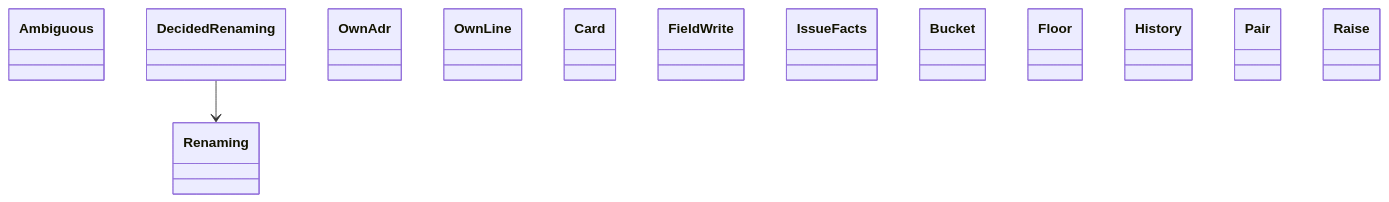
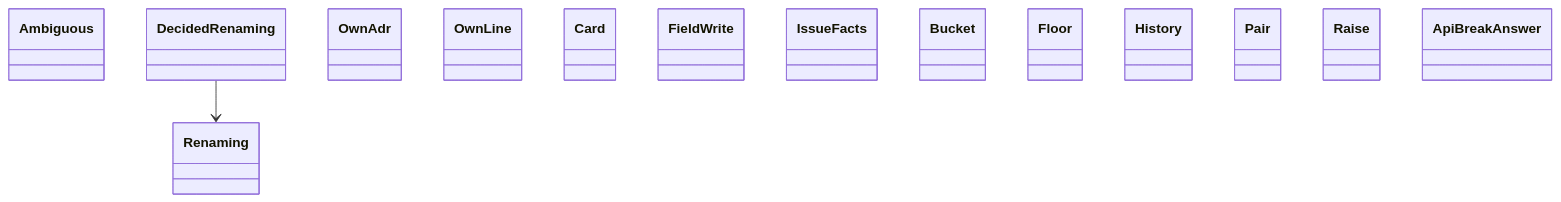
The diagram in docs/architecture/generated/classes-process-domain-landing-1.md (GonzaloZevallos/agentic-system), drawn with Mermaid before and after one commit. The commit also changed 6 other files, not shown here.

Commit message:
Regenerate architecture docs for the non-code landing domain

````diff
--- a/docs/architecture/generated/classes-process-domain-landing-1.md
+++ b/docs/architecture/generated/classes-process-domain-landing-1.md
@@ -23,17 +23,18 @@
 ```mermaid
 classDiagram
     class adr_numbers__Ambiguous["Ambiguous"]
     class adr_numbers__DecidedRenaming["DecidedRenaming"]
     class adr_numbers__OwnAdr["OwnAdr"]
     class adr_numbers__OwnLine["OwnLine"]
     class adr_numbers__Renaming["Renaming"]
     class board__Card["Card"]
     class board__FieldWrite["FieldWrite"]
     class board__IssueFacts["IssueFacts"]
     class cost_history__Bucket["Bucket"]
     class cost_history__Floor["Floor"]
     class cost_history__History["History"]
     class cost_history__Pair["Pair"]
     class cost_history__Raise["Raise"]
+    class landing__ApiBreakAnswer["ApiBreakAnswer"]
     adr_numbers__DecidedRenaming --> adr_numbers__Renaming
 ```
````
